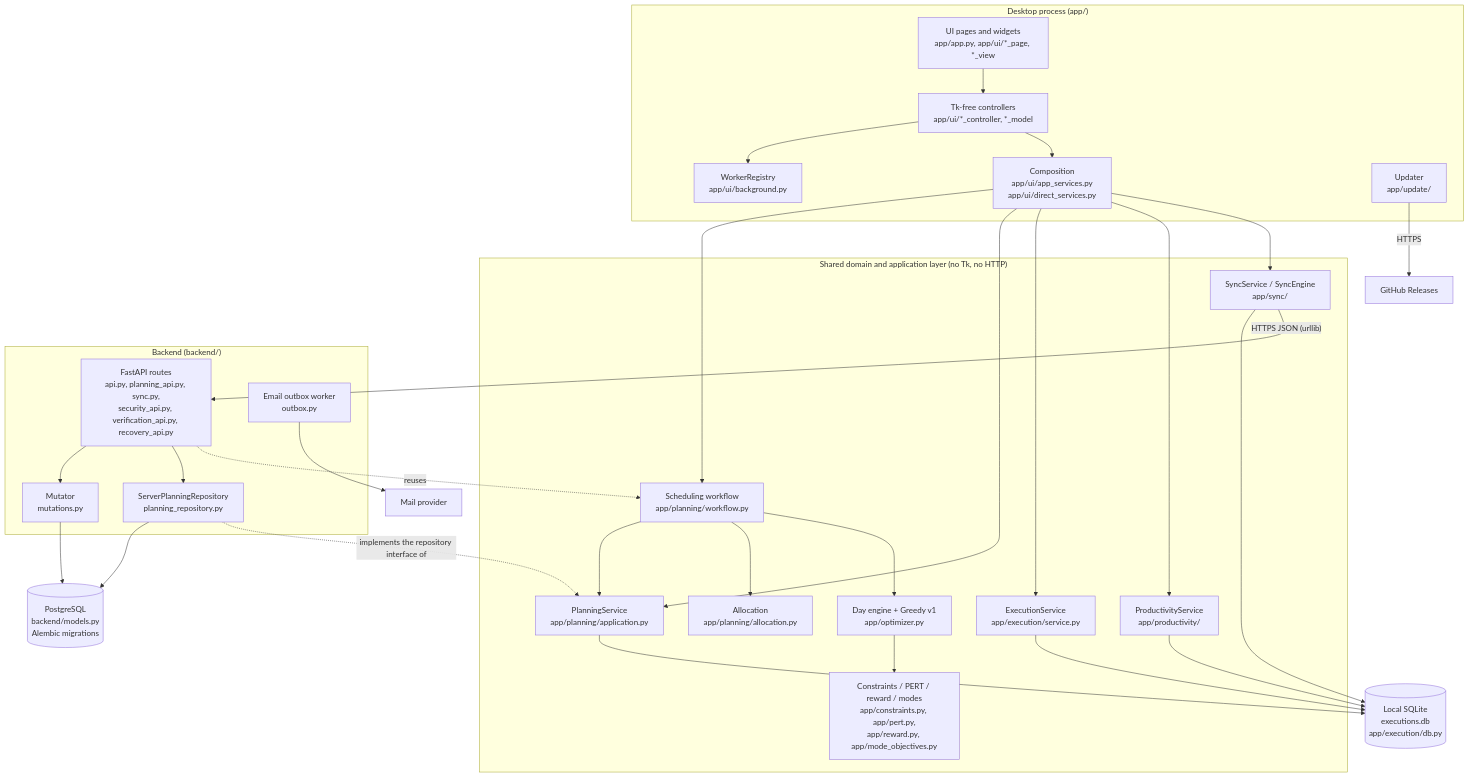
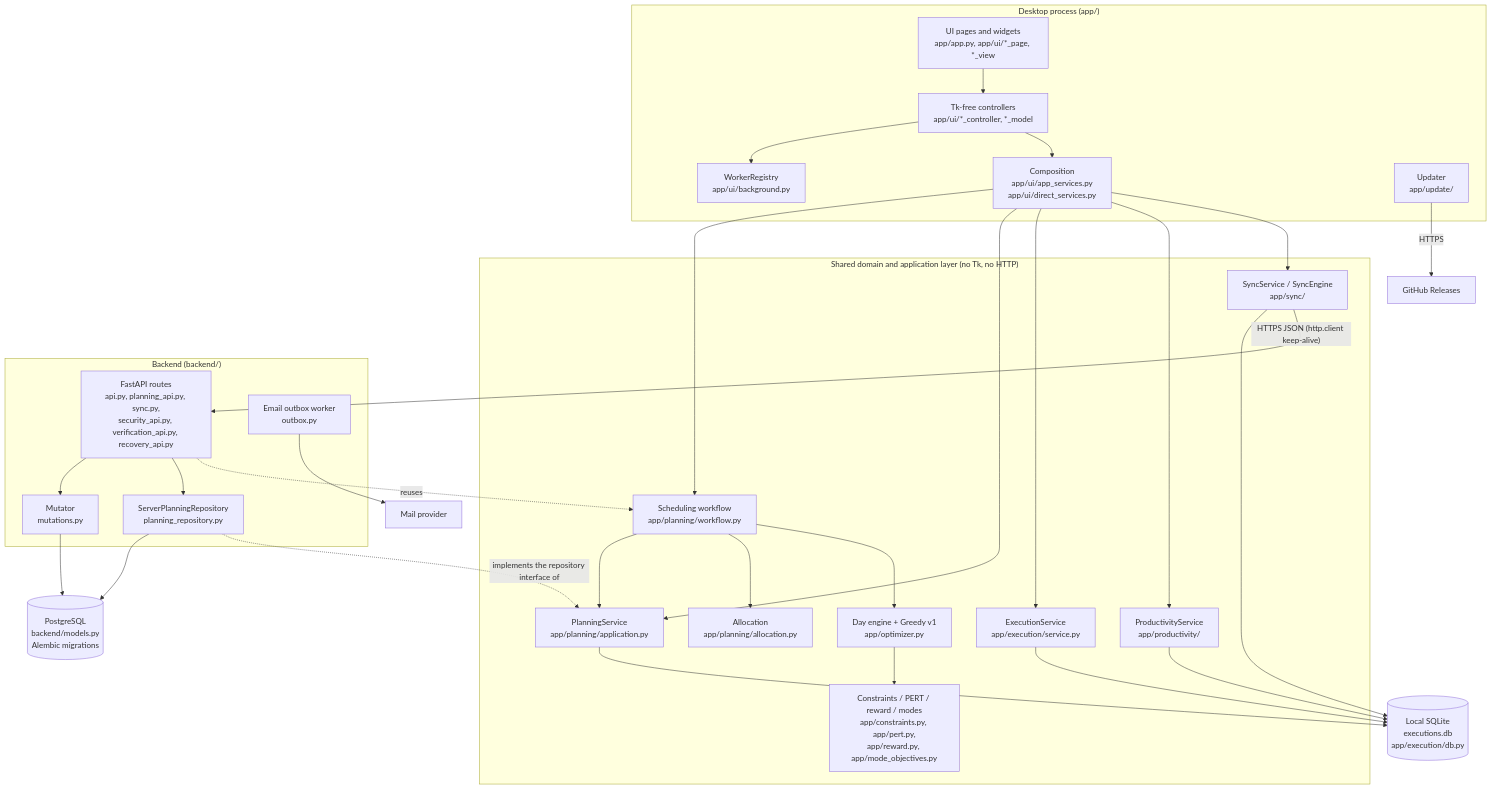
One commit to Ramtin-Mandom/Schedule_Maxing changed the first of 4 diagrams in ARCHITECTURE.md. Above: the diagram before and after it, drawn with Mermaid. The commit also changed other lines of this file and 5 other files, not shown here.

````diff
--- a/ARCHITECTURE.md
+++ b/ARCHITECTURE.md
@@ -57,47 +57,47 @@
 ```mermaid
 flowchart TB
     subgraph Desktop["Desktop process (app/)"]
         UI["UI pages and widgets<br/>app/app.py, app/ui/*_page, *_view"]
         CTRL["Tk-free controllers<br/>app/ui/*_controller, *_model"]
         BG["WorkerRegistry<br/>app/ui/background.py"]
         SVC["Composition<br/>app/ui/app_services.py<br/>app/ui/direct_services.py"]
         UPD["Updater<br/>app/update/"]
     end
     subgraph Domain["Shared domain and application layer (no Tk, no HTTP)"]
         WF["Scheduling workflow<br/>app/planning/workflow.py"]
         PS["PlanningService<br/>app/planning/application.py"]
         ALLOC["Allocation<br/>app/planning/allocation.py"]
         ENG["Day engine + Greedy v1<br/>app/optimizer.py"]
         RULES["Constraints / PERT / reward / modes<br/>app/constraints.py, app/pert.py,<br/>app/reward.py, app/mode_objectives.py"]
         EXE["ExecutionService<br/>app/execution/service.py"]
         PROD["ProductivityService<br/>app/productivity/"]
         SYNC["SyncService / SyncEngine<br/>app/sync/"]
     end
     SQLITE[("Local SQLite<br/>executions.db<br/>app/execution/db.py")]
     subgraph Server["Backend (backend/)"]
         API["FastAPI routes<br/>api.py, planning_api.py, sync.py,<br/>security_api.py, verification_api.py, recovery_api.py"]
         MUT["Mutator<br/>mutations.py"]
         SREPO["ServerPlanningRepository<br/>planning_repository.py"]
         OUTBOX["Email outbox worker<br/>outbox.py"]
     end
     PG[("PostgreSQL<br/>backend/models.py<br/>Alembic migrations")]
     GH["GitHub Releases"]
     MAIL["Mail provider"]
 
     UI --> CTRL --> BG
     CTRL --> SVC
     SVC --> WF & PS & EXE & PROD & SYNC
     WF --> PS & ALLOC & ENG
     ENG --> RULES
     PS --> SQLITE
     EXE --> SQLITE
     PROD --> SQLITE
     SYNC --> SQLITE
-    SYNC -- "HTTPS JSON (urllib)" --> API
+    SYNC -- "HTTPS JSON (http.client keep-alive)" --> API
     UPD -- HTTPS --> GH
     API --> MUT --> PG
     API --> SREPO --> PG
     SREPO -. "implements the repository interface of" .-> PS
     API -. "reuses" .-> WF
     OUTBOX --> MAIL
 ```
````
